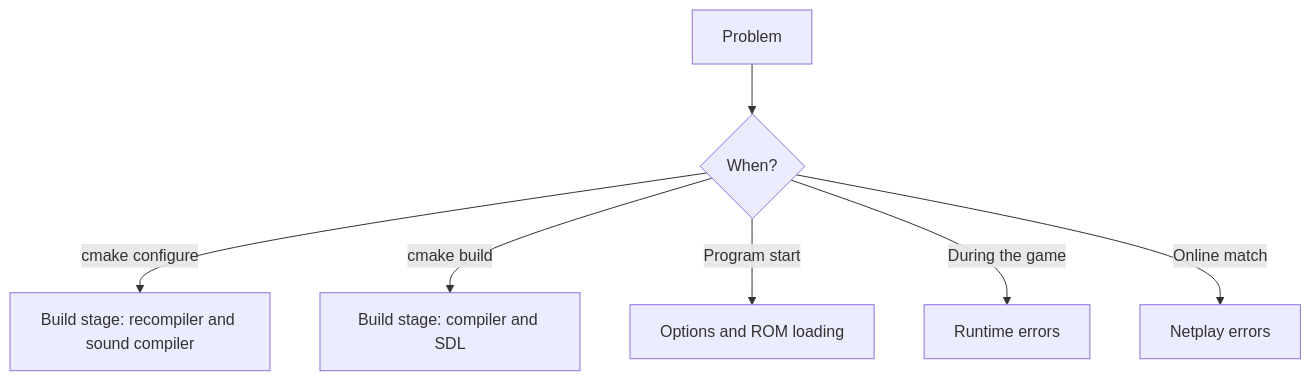
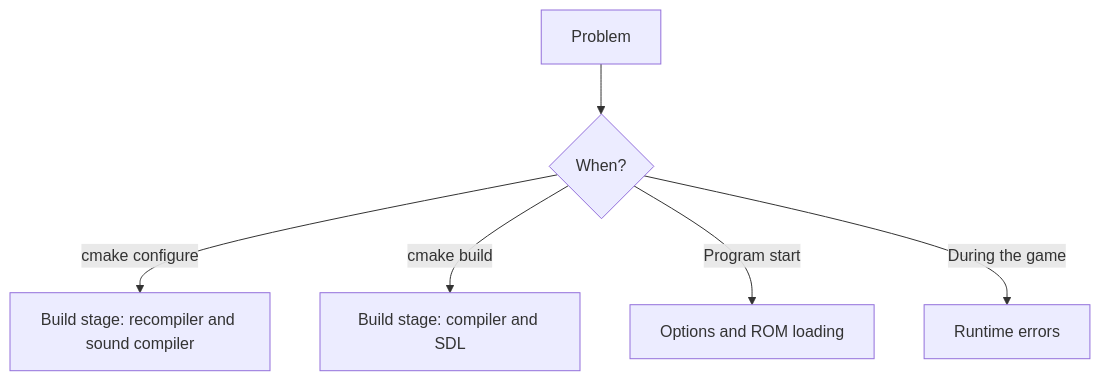
The diagram in docs/site/guide/troubleshooting.md (ansxor/f3-recomp), drawn with Mermaid before and after one commit. The commit also changed other lines of this file and 319 other files, not shown here.

````diff
--- a/docs/site/guide/troubleshooting.md
+++ b/docs/site/guide/troubleshooting.md
@@ -7,9 +7,8 @@
 ```mermaid
 flowchart TD
     A["Problem"] --> B{"When?"}
     B -->|"cmake configure"| C["Build stage: recompiler and sound compiler"]
     B -->|"cmake build"| D["Build stage: compiler and SDL"]
     B -->|"Program start"| E["Options and ROM loading"]
     B -->|"During the game"| F["Runtime errors"]
-    B -->|"Online match"| G["Netplay errors"]
 ```
````
